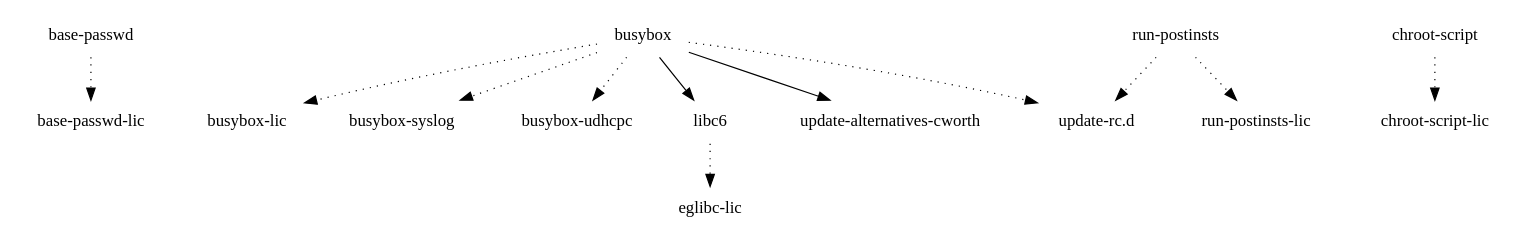
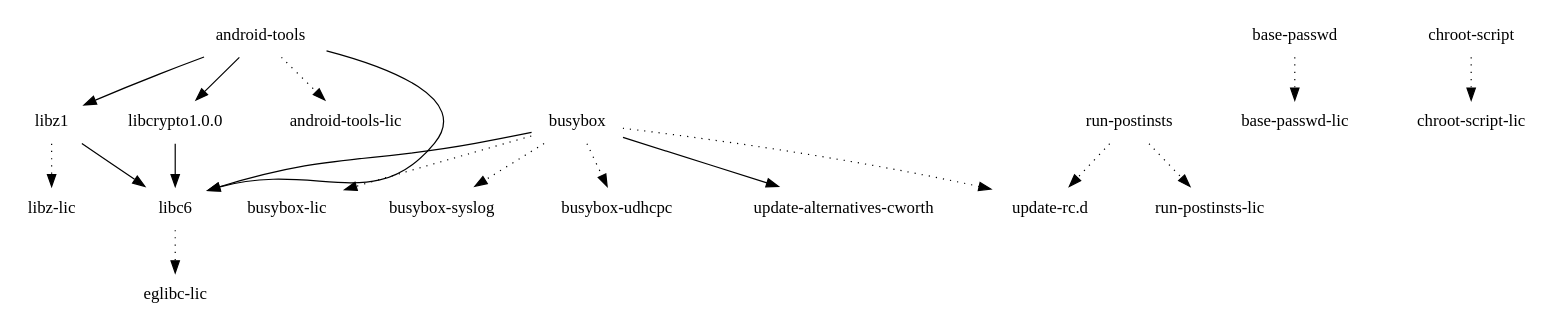
The diagram in images/maguro/eglibc/chroot-image/depends.dot (webOS-ports/buildhistory), drawn with Graphviz before and after one commit. The commit also changed 21 other files, not shown here.

```diff
--- a/images/maguro/eglibc/chroot-image/depends.dot
+++ b/images/maguro/eglibc/chroot-image/depends.dot
@@ -1,14 +1,21 @@
 digraph depends {
     node [shape=plaintext]
+"android-tools" -> "android-tools-lic" [style=dotted];
+"android-tools" -> "libc6";
+"android-tools" -> "libcrypto1.0.0";
+"android-tools" -> "libz1";
 "base-passwd" -> "base-passwd-lic" [style=dotted];
 "busybox" -> "busybox-lic" [style=dotted];
 "busybox" -> "busybox-syslog" [style=dotted];
 "busybox" -> "busybox-udhcpc" [style=dotted];
 "busybox" -> "libc6";
 "busybox" -> "update-alternatives-cworth";
 "busybox" -> "update-rc.d" [style=dotted];
 "chroot-script" -> "chroot-script-lic" [style=dotted];
 "libc6" -> "eglibc-lic" [style=dotted];
+"libcrypto1.0.0" -> "libc6";
+"libz1" -> "libc6";
+"libz1" -> "libz-lic" [style=dotted];
 "run-postinsts" -> "run-postinsts-lic" [style=dotted];
 "run-postinsts" -> "update-rc.d" [style=dotted];
 }
```
